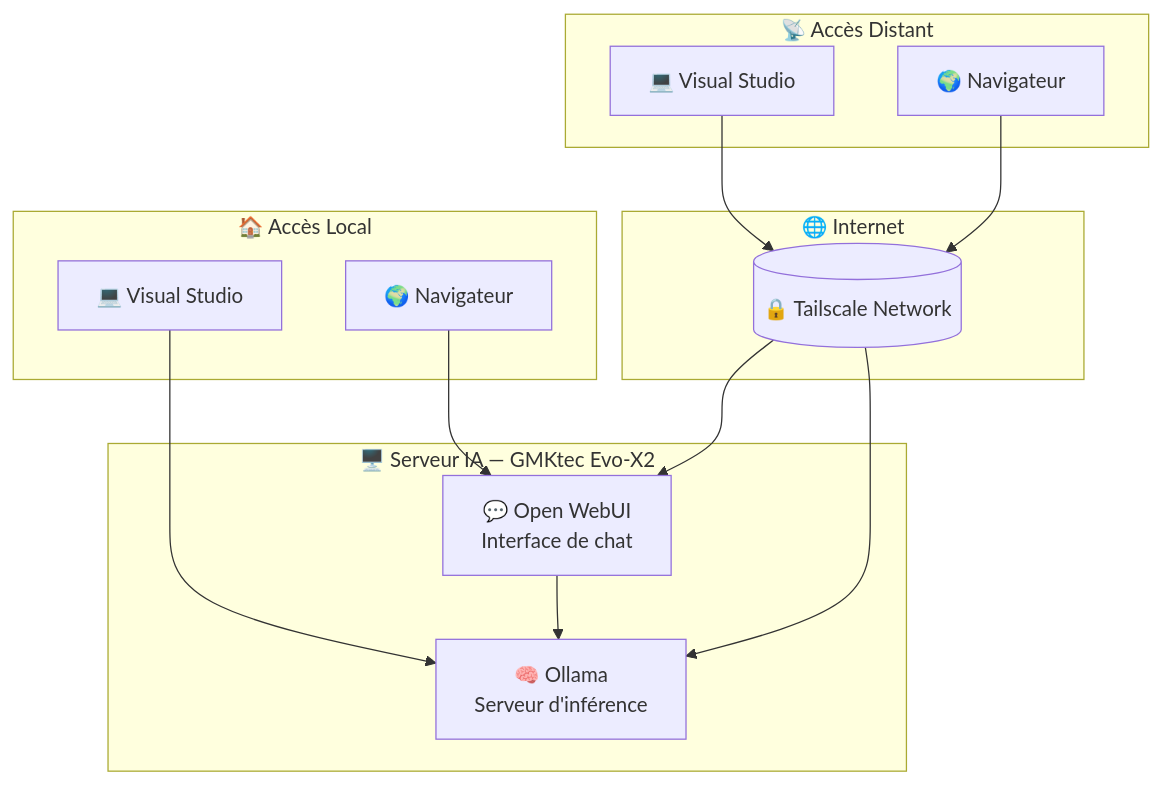
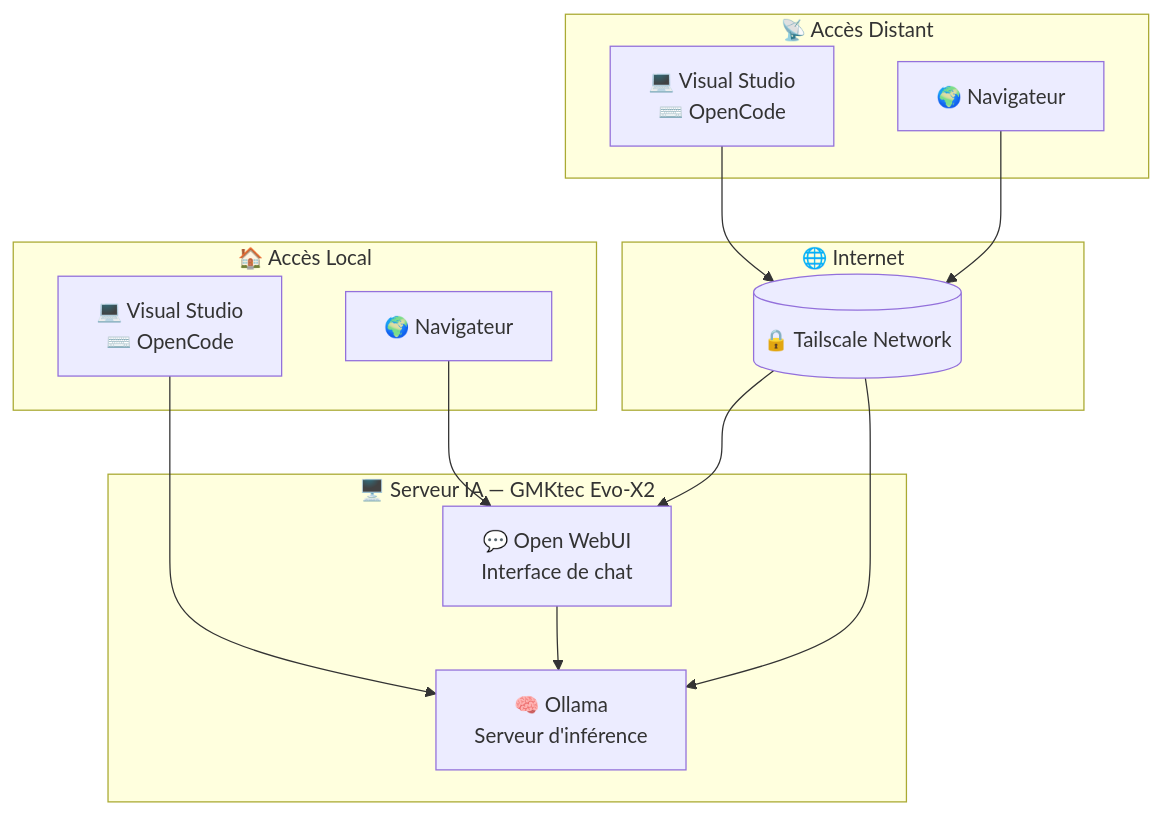
The diagram in ai.fr.md (jetelain/wiki), drawn with Mermaid before and after one commit. The commit also changed other lines of this file and 3 other files, not shown here.

````diff
--- a/ai.fr.md
+++ b/ai.fr.md
@@ -13,26 +13,26 @@
 ```mermaid
 graph TB
     subgraph "🖥️ Serveur IA — GMKtec Evo-X2"
         Ollama[🧠 Ollama<br/>Serveur d'inférence]
         OpenWebUI[💬 Open WebUI<br/>Interface de chat]
     end
 
     subgraph "🌐 Internet"
         TS[(🔒 Tailscale Network)]
     end
 
     subgraph "🏠 Accès Local"
-        IDELocal[💻 Visual Studio]
+        IDELocal[💻 Visual Studio<br/>⌨️ OpenCode]
         BrowserLocal[🌍 Navigateur]
     end
 
     subgraph "📡 Accès Distant"
-        IDE[💻 Visual Studio]
+        IDE[💻 Visual Studio<br/>⌨️ OpenCode]
         Browser[🌍 Navigateur]
     end
 
     Browser --> TS --> OpenWebUI --> Ollama
     IDE --> TS --> Ollama
     BrowserLocal --> OpenWebUI
     IDELocal --> Ollama
 ```
````
